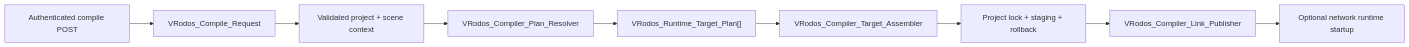
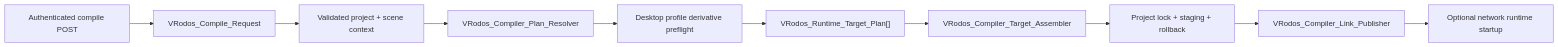
One commit to VRodos/VRodos changed the diagram in documentation/compiler-architecture.md. Above: the diagram before and after it, drawn with Mermaid. The commit also changed other lines of this file and 44 other files, not shown here.

Commit message:
feat: add adaptive desktop performance profiles

````diff
--- a/documentation/compiler-architecture.md
+++ b/documentation/compiler-architecture.md
@@ -9,11 +9,12 @@
 ```mermaid
 flowchart LR
     Request["Authenticated compile POST"] --> Typed["VRodos_Compile_Request"]
     Typed --> Context["Validated project + scene context"]
     Context --> Resolver["VRodos_Compiler_Plan_Resolver"]
-    Resolver --> Targets["VRodos_Runtime_Target_Plan[]"]
+    Resolver --> Profiles["Desktop profile derivative preflight"]
+    Profiles --> Targets["VRodos_Runtime_Target_Plan[]"]
     Targets --> Render["VRodos_Compiler_Target_Assembler"]
     Render --> Transaction["Project lock + staging + rollback"]
     Transaction --> Links["VRodos_Compiler_Link_Publisher"]
     Links --> Runtime["Optional network runtime startup"]
 ```
````
